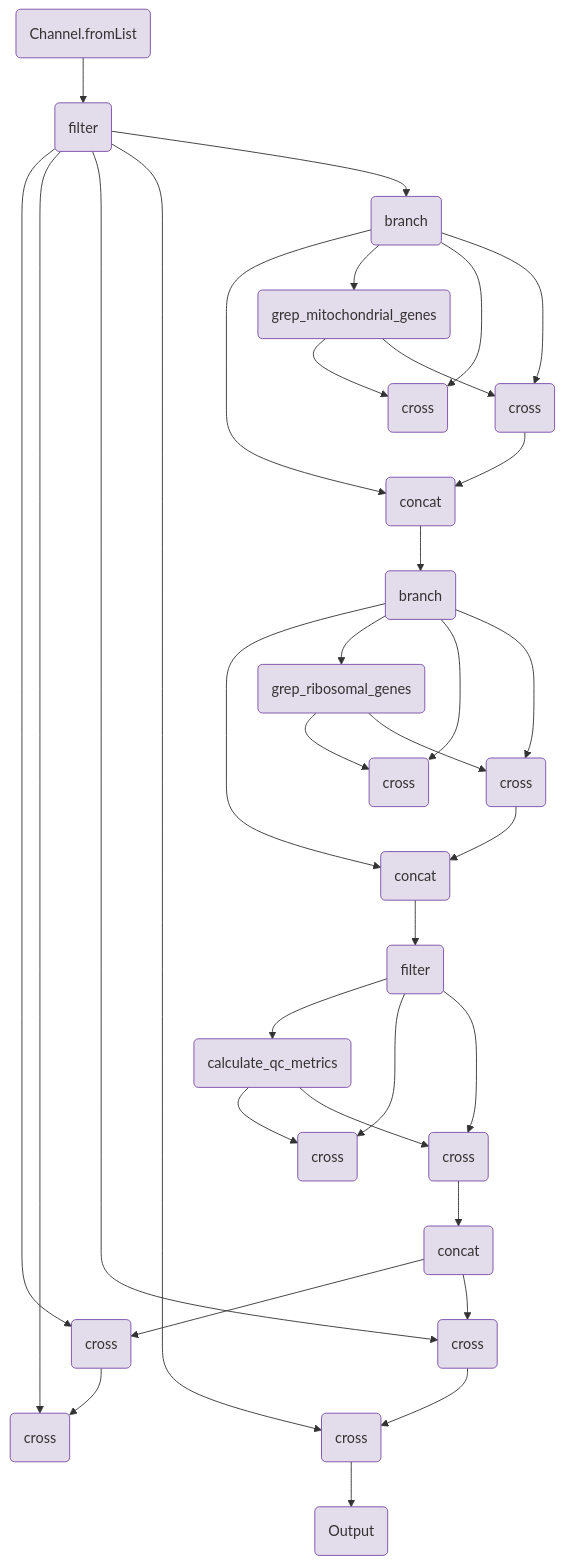
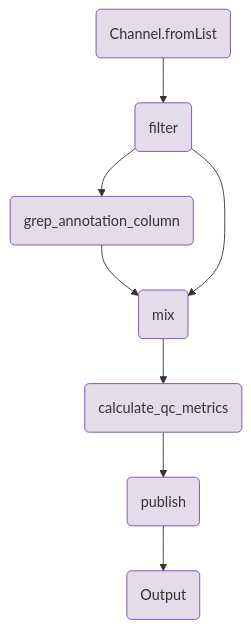
The diagram in components/workflows/qc/qc.qmd (openpipelines-bio/website), drawn with Mermaid before and after one commit. The commit also changed other lines of this file and 144 other files, not shown here.

````diff
--- a/components/workflows/qc/qc.qmd
+++ b/components/workflows/qc/qc.qmd
@@ -143,81 +135,25 @@
 ```{mermaid}
 flowchart TB
     v0(Channel.fromList)
     v2(filter)
-    v14(branch)
-    v41(concat)
-    v19(grep_mitochondrial_genes)
-    v26(cross)
-    v36(cross)
-    v45(branch)
-    v72(concat)
-    v50(grep_ribosomal_genes)
-    v57(cross)
-    v67(cross)
-    v73(filter)
-    v103(concat)
-    v81(calculate_qc_metrics)
-    v88(cross)
-    v98(cross)
-    v110(cross)
-    v117(cross)
-    v129(cross)
-    v136(cross)
-    v140(Output)
-    v14-->v41
-    v45-->v72
-    v72-->v73
+    v20(grep_annotation_column)
+    v33(mix)
+    v42(calculate_qc_metrics)
+    v62(publish)
+    v90(Output)
     v0-->v2
-    v14-->v19
-    v19-->v26
-    v14-->v26
-    v14-->v36
-    v36-->v41
-    v45-->v50
-    v50-->v57
-    v45-->v57
-    v45-->v67
-    v67-->v72
-    v73-->v81
-    v81-->v88
-    v73-->v88
-    v73-->v98
-    v98-->v103
-    v103-->v110
-    v2-->v110
-    v110-->v117
-    v2-->v117
-    v2-->v129
-    v129-->v136
-    v2-->v136
-    v136-->v140
-    v2-->v14
-    v19-->v36
-    v41-->v45
-    v50-->v67
-    v81-->v98
-    v103-->v129
+    v2-->v20
+    v20-->v33
+    v2-->v33
+    v33-->v42
+    v42-->v62
+    v62-->v90
     style v0 fill:#e3dcea,stroke:#7a4baa;
     style v2 fill:#e3dcea,stroke:#7a4baa;
-    style v14 fill:#e3dcea,stroke:#7a4baa;
-    style v41 fill:#e3dcea,stroke:#7a4baa;
-    style v19 fill:#e3dcea,stroke:#7a4baa;
-    style v26 fill:#e3dcea,stroke:#7a4baa;
-    style v36 fill:#e3dcea,stroke:#7a4baa;
-    style v45 fill:#e3dcea,stroke:#7a4baa;
-    style v72 fill:#e3dcea,stroke:#7a4baa;
-    style v50 fill:#e3dcea,stroke:#7a4baa;
-    style v57 fill:#e3dcea,stroke:#7a4baa;
-    style v67 fill:#e3dcea,stroke:#7a4baa;
-    style v73 fill:#e3dcea,stroke:#7a4baa;
-    style v103 fill:#e3dcea,stroke:#7a4baa;
-    style v81 fill:#e3dcea,stroke:#7a4baa;
-    style v88 fill:#e3dcea,stroke:#7a4baa;
-    style v98 fill:#e3dcea,stroke:#7a4baa;
-    style v110 fill:#e3dcea,stroke:#7a4baa;
-    style v117 fill:#e3dcea,stroke:#7a4baa;
-    style v129 fill:#e3dcea,stroke:#7a4baa;
-    style v136 fill:#e3dcea,stroke:#7a4baa;
-    style v140 fill:#e3dcea,stroke:#7a4baa;
+    style v20 fill:#e3dcea,stroke:#7a4baa;
+    style v33 fill:#e3dcea,stroke:#7a4baa;
+    style v42 fill:#e3dcea,stroke:#7a4baa;
+    style v62 fill:#e3dcea,stroke:#7a4baa;
+    style v90 fill:#e3dcea,stroke:#7a4baa;
 
 ```
````
